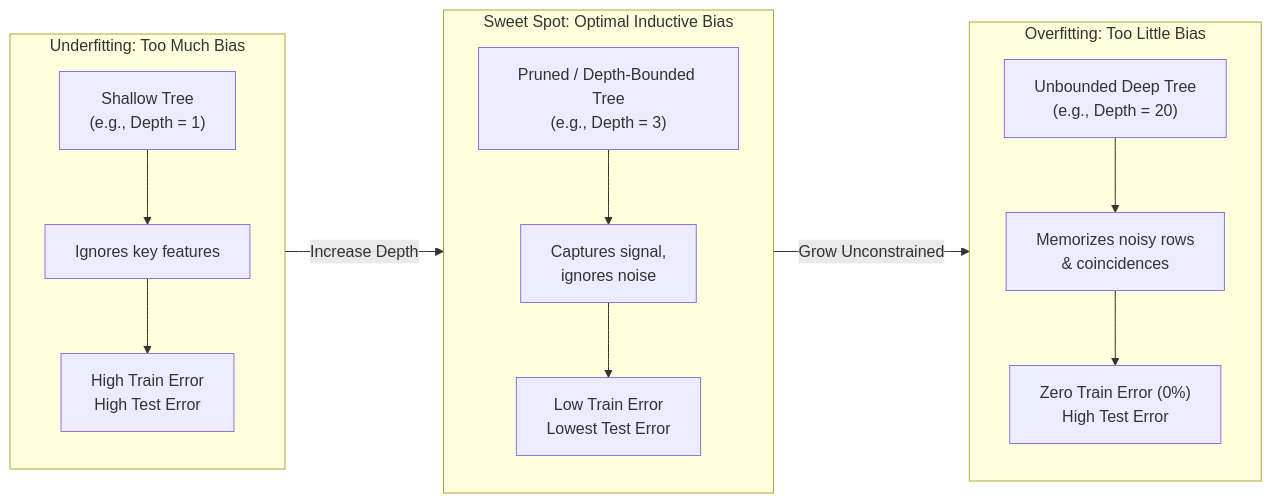
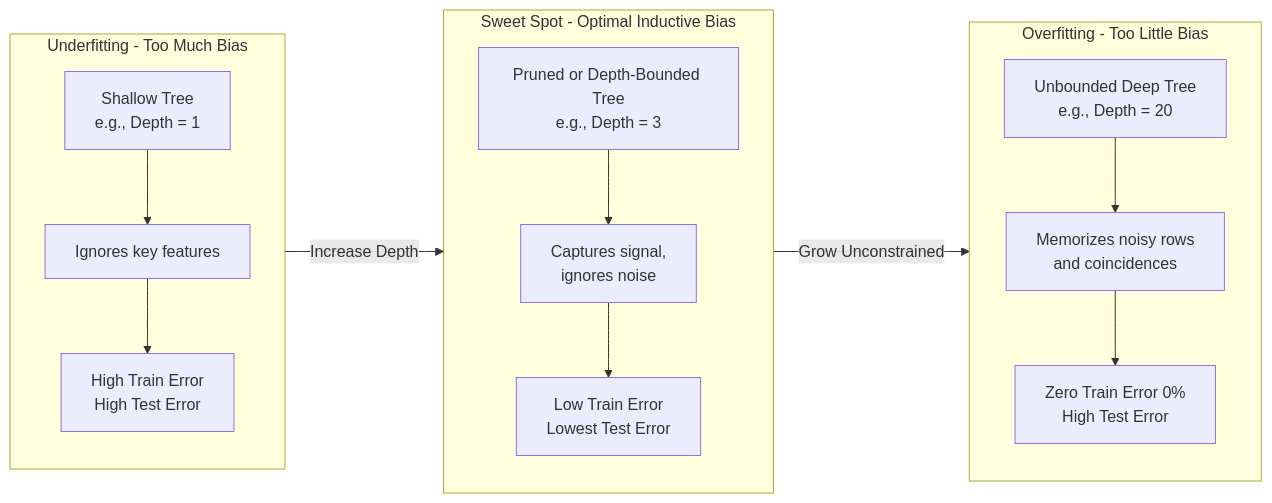
Before and after one commit to Tikam321/MachineLearning: the fourth of 6 diagrams in ML-Basic/Limits-of-Learning-2.md, drawn with Mermaid. The commit also changed other lines of this file, not shown here.

````diff
--- a/ML-Basic/Limits-of-Learning-2.md
+++ b/ML-Basic/Limits-of-Learning-2.md
@@ -170,20 +174,20 @@
 ```mermaid
 graph LR
-    subgraph Underfitting [Underfitting: Too Much Bias]
-        U1["Shallow Tree<br>(e.g., Depth = 1)"] --> U2["Ignores key features"]
-        U2 --> U3["High Train Error<br>High Test Error"]
+    subgraph Underfitting ["Underfitting - Too Much Bias"]
+        U1["Shallow Tree<br/>e.g., Depth = 1"] --> U2["Ignores key features"]
+        U2 --> U3["High Train Error<br/>High Test Error"]
     end
 
-    subgraph SweetSpot [Sweet Spot: Optimal Inductive Bias]
-        S1["Pruned / Depth-Bounded Tree<br>(e.g., Depth = 3)"] --> S2["Captures signal,<br>ignores noise"]
-        S2 --> S3["Low Train Error<br>Lowest Test Error"]
+    subgraph SweetSpot ["Sweet Spot - Optimal Inductive Bias"]
+        S1["Pruned or Depth-Bounded Tree<br/>e.g., Depth = 3"] --> S2["Captures signal,<br/>ignores noise"]
+        S2 --> S3["Low Train Error<br/>Lowest Test Error"]
     end
 
-    subgraph Overfitting [Overfitting: Too Little Bias]
-        O1["Unbounded Deep Tree<br>(e.g., Depth = 20)"] --> O2["Memorizes noisy rows<br>& coincidences"]
-        O2 --> O3["Zero Train Error (0%)<br>High Test Error"]
+    subgraph Overfitting ["Overfitting - Too Little Bias"]
+        O1["Unbounded Deep Tree<br/>e.g., Depth = 20"] --> O2["Memorizes noisy rows<br/>and coincidences"]
+        O2 --> O3["Zero Train Error 0%<br/>High Test Error"]
     end
 
-    Underfitting -->|Increase Depth| SweetSpot
-    SweetSpot -->|Grow Unconstrained| Overfitting
+    Underfitting -->|"Increase Depth"| SweetSpot
+    SweetSpot -->|"Grow Unconstrained"| Overfitting
 ```
````
